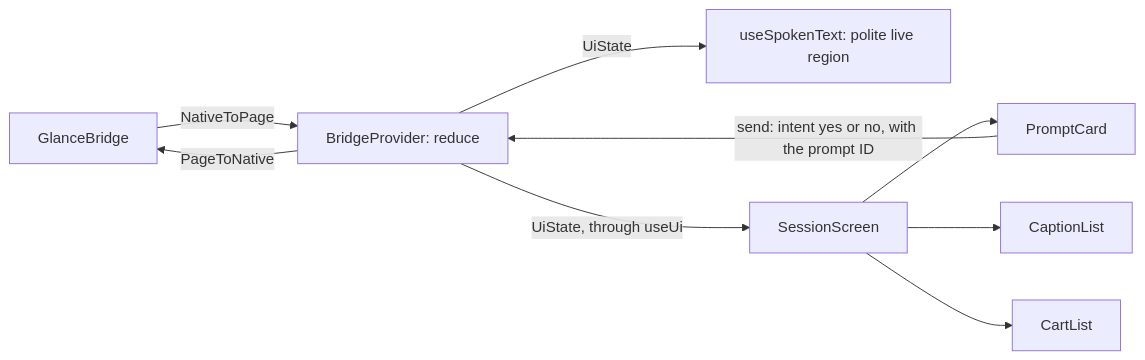
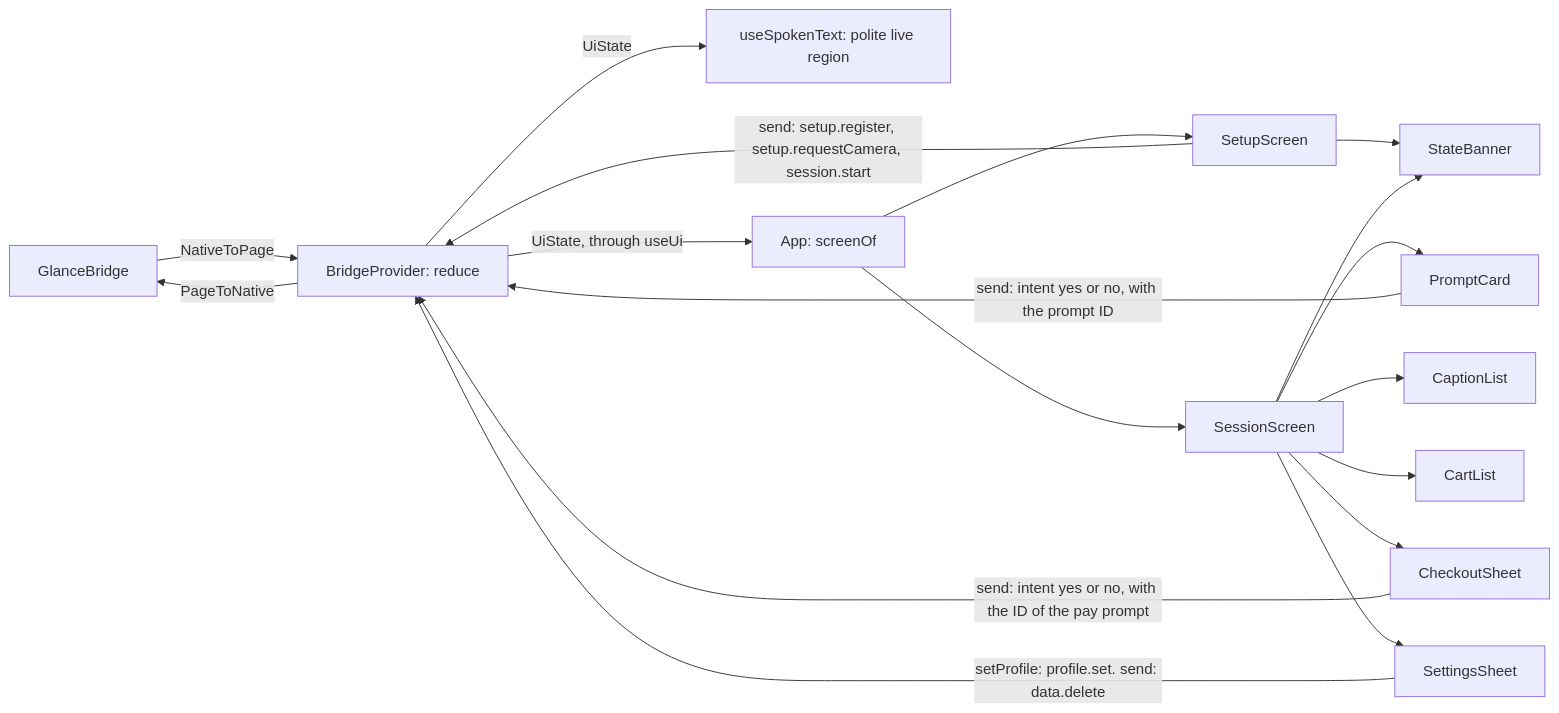
Before and after one commit to mrBymax/glance: the third of 5 diagrams in apps/mobile/ui/README.md, drawn with Mermaid. The commit also changed other lines of this file, not shown here.

Commit message:
docs(ui): describe the setup screen, the sheets, and the state banner

````diff
--- a/apps/mobile/ui/README.md
+++ b/apps/mobile/ui/README.md
@@ -110,19 +113,33 @@
 ```mermaid
 flowchart LR
   bridge["GlanceBridge"]
   provider["BridgeProvider: reduce"]
   spoken["useSpokenText: polite live region"]
+  app["App: screenOf"]
+  setup["SetupScreen"]
   screen["SessionScreen"]
+  banner["StateBanner"]
   card["PromptCard"]
   captions["CaptionList"]
   cart["CartList"]
+  checkout["CheckoutSheet"]
+  settings["SettingsSheet"]
 
   bridge -- NativeToPage --> provider
-  provider -- "UiState, through useUi" --> screen
+  provider -- "UiState, through useUi" --> app
   provider -- UiState --> spoken
+  app --> setup
+  app --> screen
+  setup --> banner
+  screen --> banner
   screen --> card
   screen --> captions
   screen --> cart
+  screen --> checkout
+  screen --> settings
+  setup -- "send: setup.register, setup.requestCamera, session.start" --> provider
   card -- "send: intent yes or no, with the prompt ID" --> provider
+  checkout -- "send: intent yes or no, with the ID of the pay prompt" --> provider
+  settings -- "setProfile: profile.set. send: data.delete" --> provider
   provider -- PageToNative --> bridge
 ```
````
